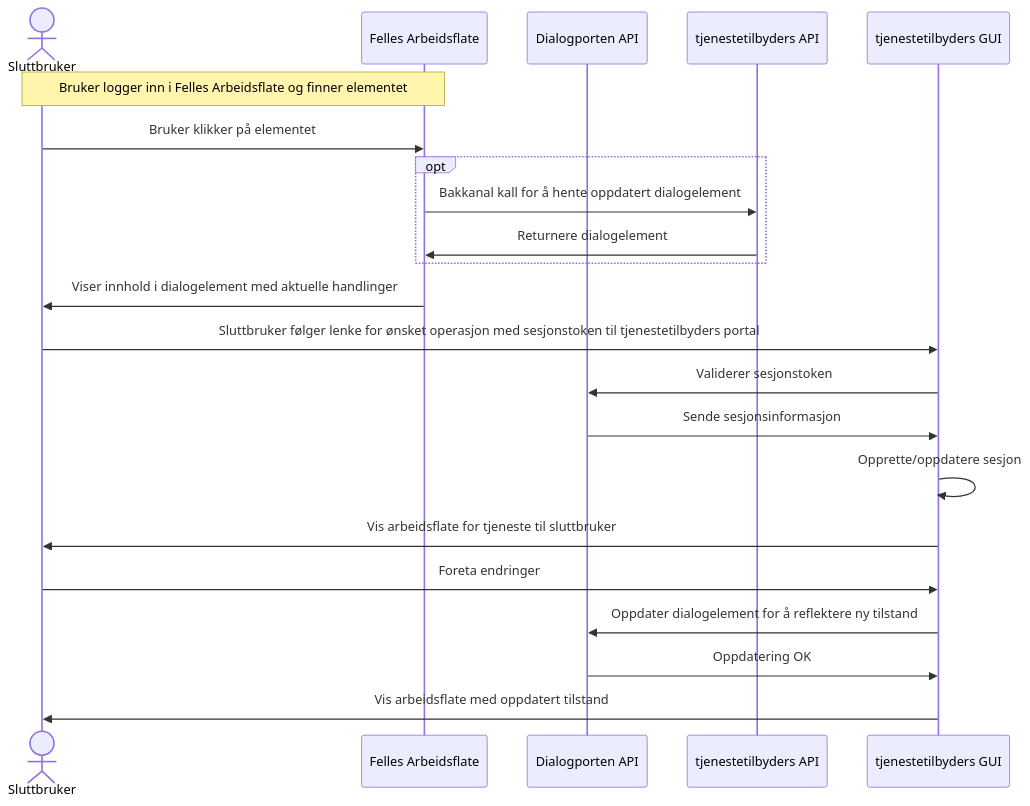
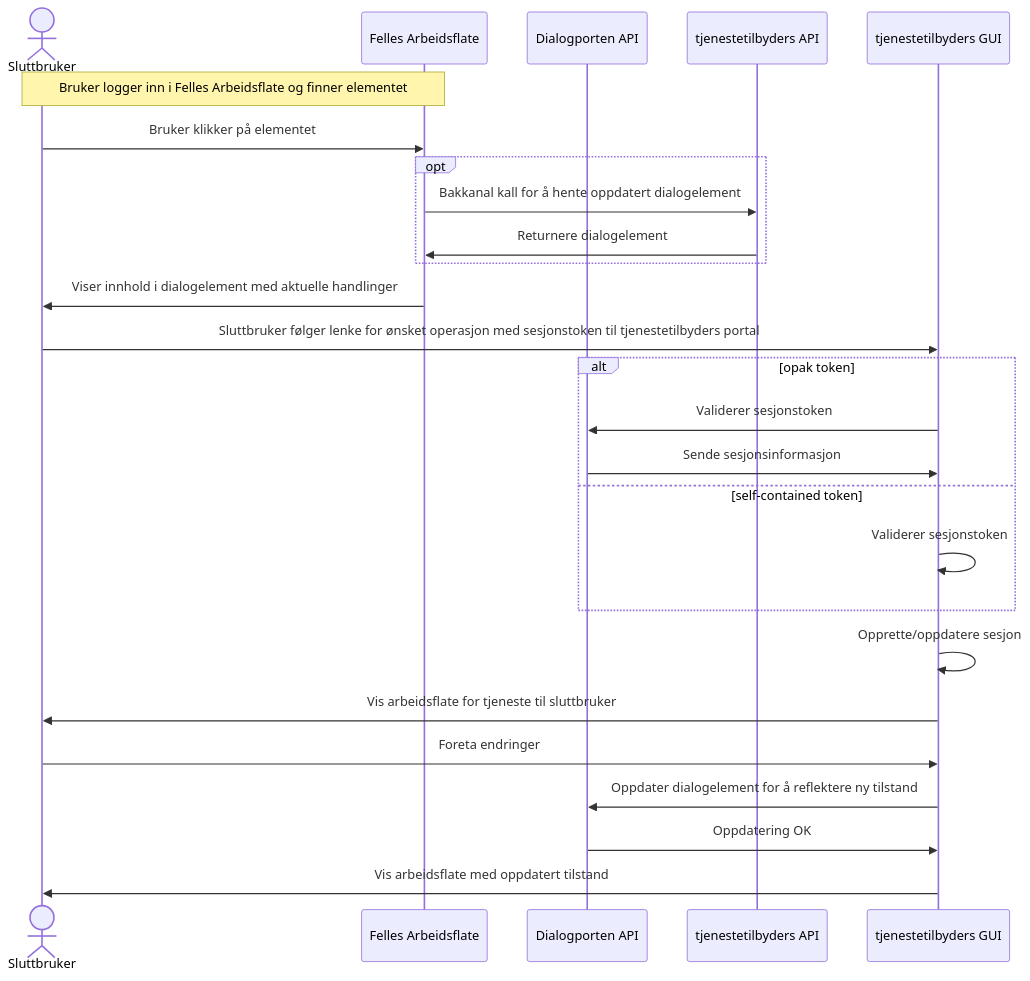
One commit to elsand/elsand.github.io changed the second of 6 diagrams in dialogporten.md. Above: the diagram before and after it, drawn with Mermaid. The commit also changed other lines of this file, not shown here.

Commit message:
Add note about digital post, add alt/else-clause in sequence diagram involving token

````diff
--- a/dialogporten.md
+++ b/dialogporten.md
@@ -249,24 +251,28 @@
 ```mermaid!
 sequenceDiagram
     actor SB as Sluttbruker
     participant GUI as Felles Arbeidsflate
     participant API as Dialogporten API
     participant TEAPI as tjenestetilbyders API
     participant TEGUI as tjenestetilbyders GUI
 note over SB,GUI: Bruker logger inn i Felles Arbeidsflate og finner elementet
 SB->>GUI: Bruker klikker på elementet
 opt
     GUI->>TEAPI: Bakkanal kall for å hente oppdatert dialogelement
     TEAPI->>GUI: Returnere dialogelement
 end
 GUI->>SB: Viser innhold i dialogelement med aktuelle handlinger
 SB->>TEGUI: Sluttbruker følger lenke for ønsket operasjon med sesjonstoken til tjenestetilbyders portal
-TEGUI->>API: Validerer sesjonstoken
-API->>TEGUI: Sende sesjonsinformasjon
+alt opak token
+    TEGUI->>API: Validerer sesjonstoken
+    API->>TEGUI: Sende sesjonsinformasjon
+else self-contained token
+    TEGUI->>TEGUI: Validerer sesjonstoken
+end
 TEGUI->>TEGUI: Opprette/oppdatere sesjon
 TEGUI->>SB: Vis arbeidsflate for tjeneste til sluttbruker
 SB->>TEGUI: Foreta endringer
 TEGUI->>API: Oppdater dialogelement for å reflektere ny tilstand
 API->>TEGUI: Oppdatering OK
 TEGUI->>SB: Vis arbeidsflate med oppdatert tilstand
 ```
````
